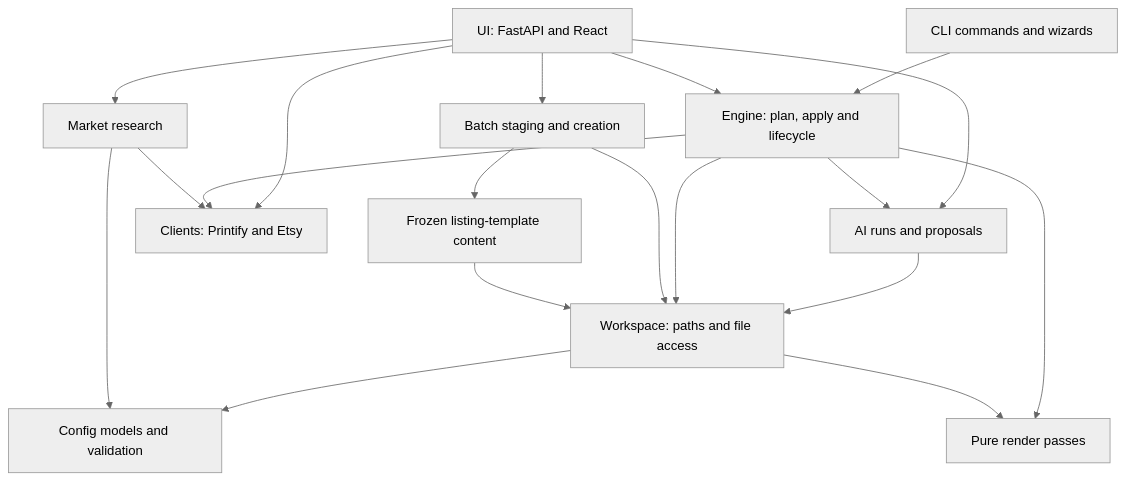
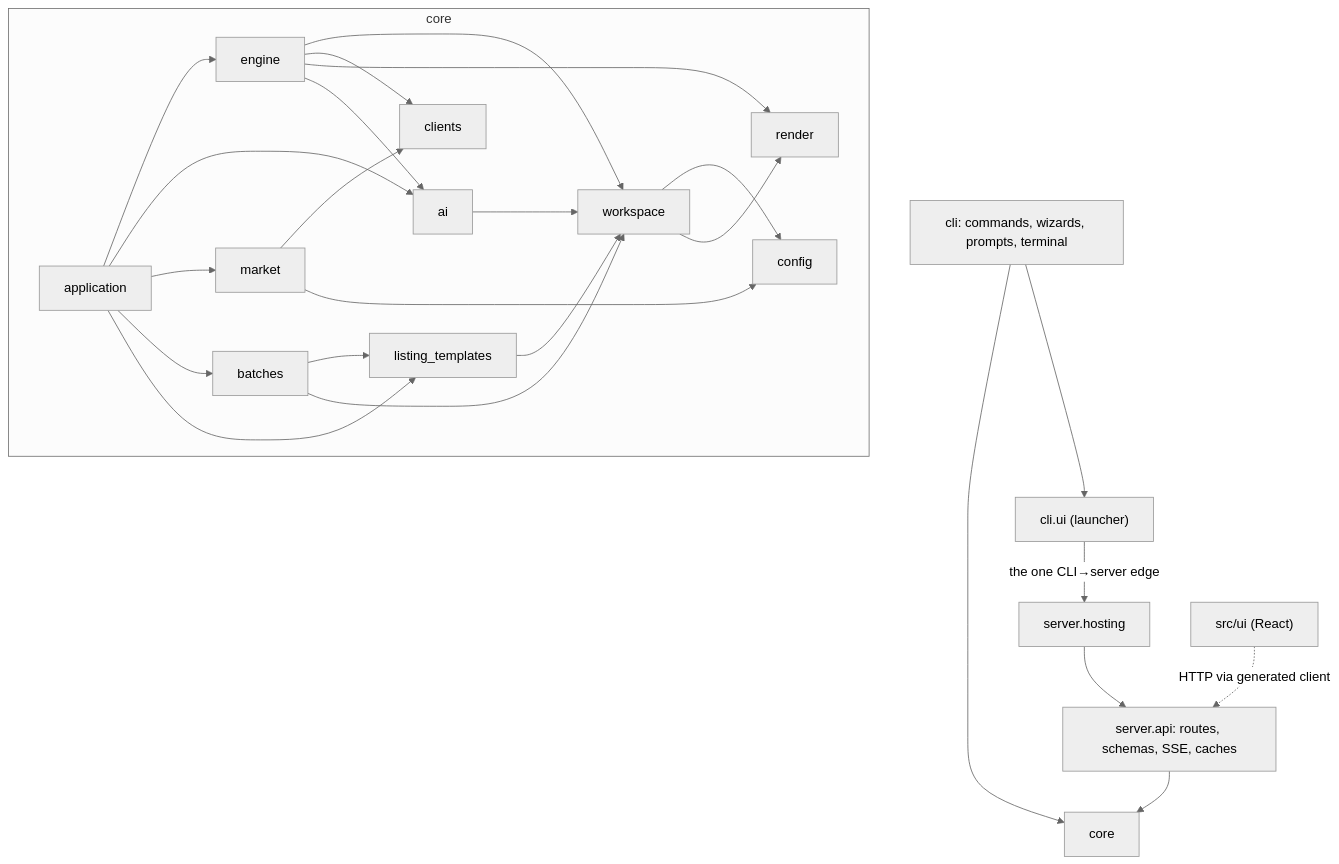
Before and after one commit to eli-jordan/etsy-listing-automation: the first of 5 diagrams in docs/architecture.md, drawn with Mermaid (neutral theme). The commit also changed other lines of this file, not shown here.

First line of the commit message:
docs(architecture): describe the implemented core, server and cli tree

````diff
--- a/docs/architecture.md
+++ b/docs/architecture.md
@@ -62,21 +59,28 @@
 ```mermaid
 graph TD
-    CLI[CLI commands and wizards] --> ENGINE[Engine: plan, apply and lifecycle]
-    UI[UI: FastAPI and React] --> ENGINE
-    UI --> AI[AI runs and proposals]
-    UI --> MARKET[Market research]
-    AI --> WORKSPACE
-    UI --> BATCHES[Batch staging and creation]
-    UI --> CLIENTS
-    BATCHES --> TEMPLATES[Frozen listing-template content]
-    ENGINE --> WORKSPACE[Workspace: paths and file access]
-    ENGINE --> CLIENTS[Clients: Printify and Etsy]
-    ENGINE --> RENDER[Pure render passes]
-    MARKET --> CLIENTS
-    BATCHES --> WORKSPACE
-    WORKSPACE --> CONFIG[Config models and validation]
-    WORKSPACE --> RENDER
-    ENGINE --> AI
-    TEMPLATES --> WORKSPACE
-    MARKET --> CONFIG
+    CLIUI["cli.ui (launcher)"] -->|"the one CLI→server edge"| HOSTING["server.hosting"]
+    CLI["cli: commands, wizards, prompts, terminal"] --> CORE
+    CLI --> CLIUI
+    HOSTING --> API["server.api: routes, schemas, SSE, caches"]
+    API --> CORE["core"]
+    SPA["src/ui (React)"] -. "HTTP via generated client" .-> API
+    subgraph CORE_INSIDE [core]
+        APP["application"] --> ENGINE["engine"]
+        APP --> AIP["ai"]
+        APP --> MARKET["market"]
+        APP --> BATCHES["batches"]
+        APP --> TEMPLATES["listing_templates"]
+        ENGINE --> WORKSPACE["workspace"]
+        ENGINE --> CLIENTS["clients"]
+        ENGINE --> RENDER["render"]
+        ENGINE --> AIP
+        BATCHES --> TEMPLATES
+        BATCHES --> WORKSPACE
+        TEMPLATES --> WORKSPACE
+        AIP --> WORKSPACE
+        MARKET --> CLIENTS
+        MARKET --> CONFIG["config"]
+        WORKSPACE --> CONFIG
+        WORKSPACE --> RENDER
+    end
 ```
````
